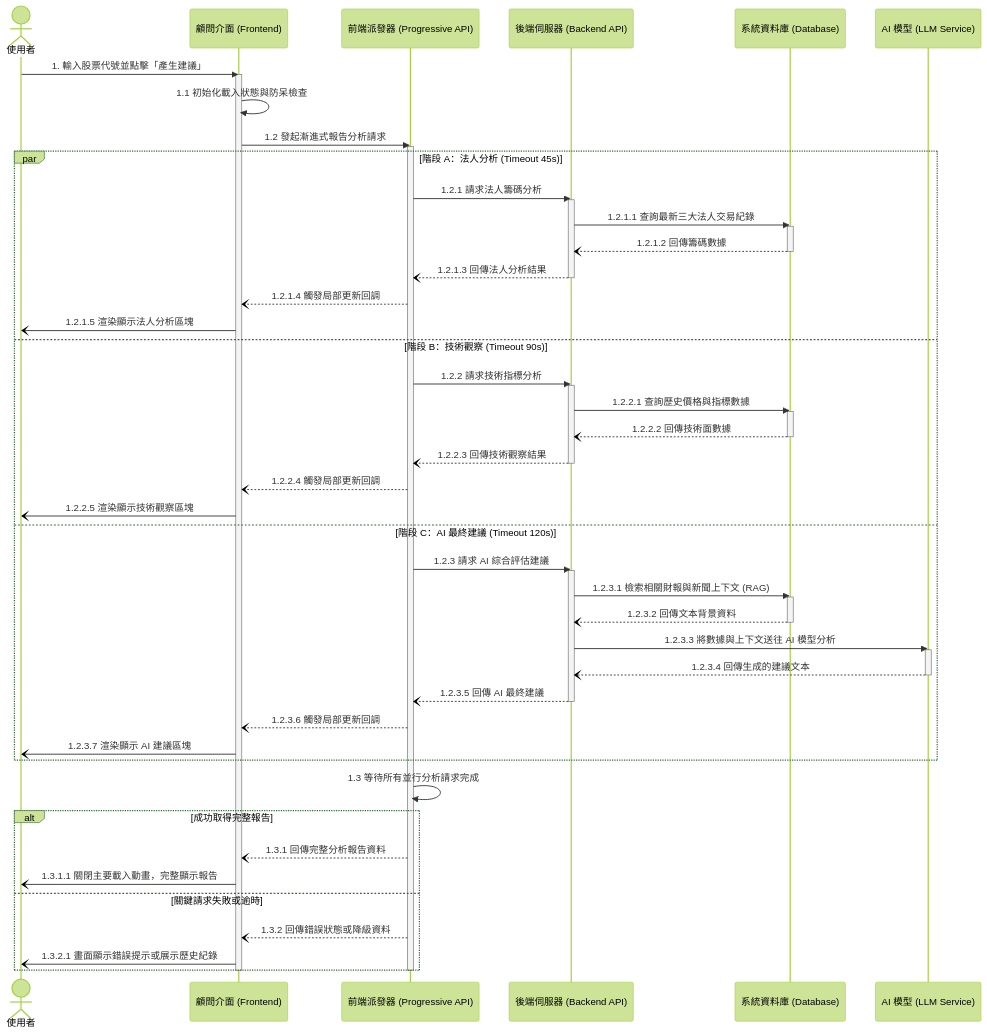
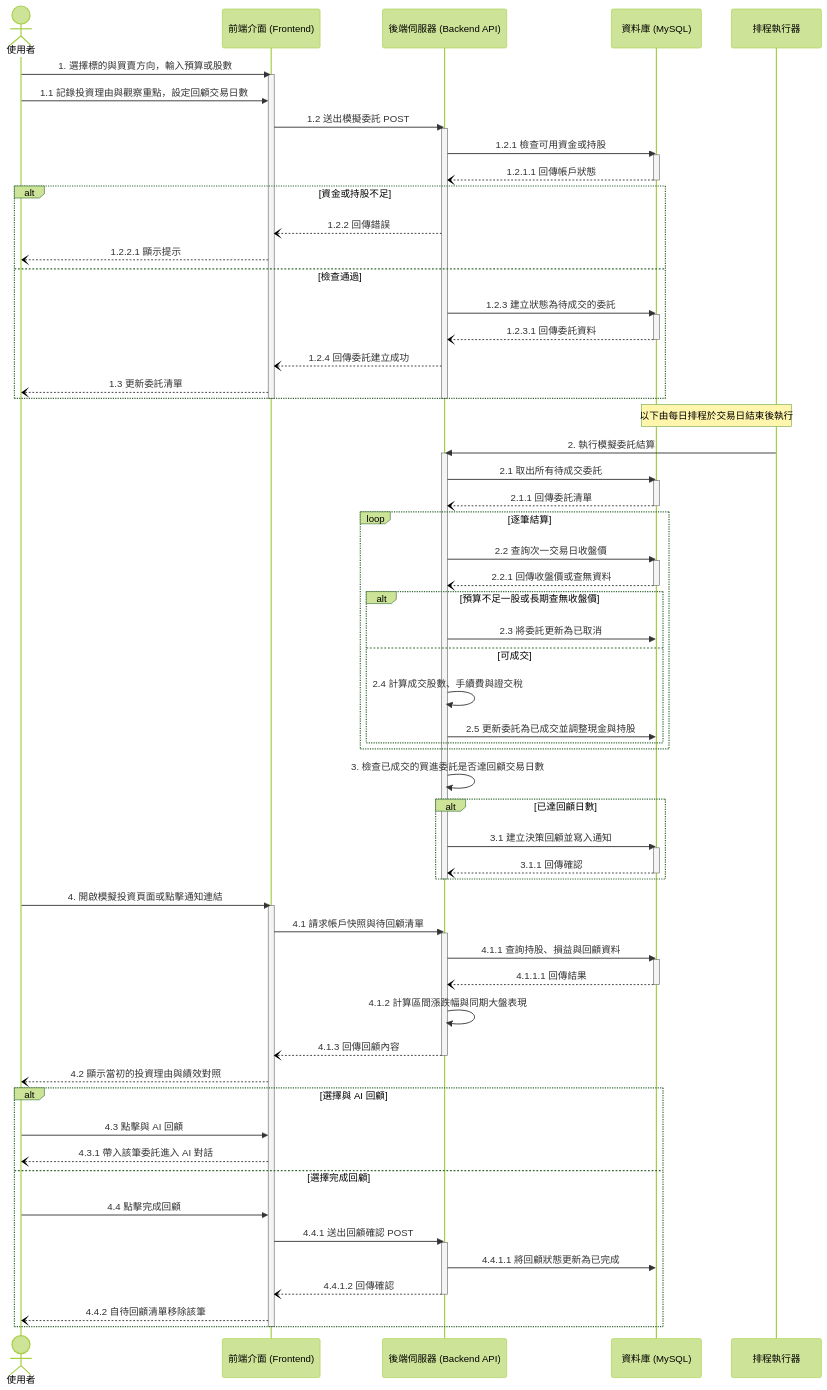
The fourth of 6 diagrams in docs/圖檔/Sequential Diagram/Sequential diagram.md (weeei001/115409), drawn with Mermaid (forest theme) before and after one commit. The commit also changed other lines of this file and 28 other files, not shown here.

````diff
--- a/docs/圖檔/Sequential Diagram/Sequential diagram.md
+++ b/docs/圖檔/Sequential Diagram/Sequential diagram.md
@@ -208,68 +201,89 @@
 ```mermaid
 sequenceDiagram
     actor User as 使用者
-    participant UI as 顧問介面 (Frontend)
-    participant FE_API as 前端派發器 (Progressive API)
-    participant API_BE as 後端伺服器 (Backend API)
-    participant DB as 系統資料庫 (Database)
-    participant AI as AI 模型 (LLM Service)
+    participant FE as 前端介面 (Frontend)
+    participant API as 後端伺服器 (Backend API)
+    participant DB as 資料庫 (MySQL)
+    participant Sched as 排程執行器
 
-    User->>UI: 1. 輸入股票代號並點擊「產生建議」
-    activate UI
-    UI->>UI: 1.1 初始化載入狀態與防呆檢查
-    UI->>FE_API: 1.2 發起漸進式報告分析請求
-    activate FE_API
+    User->>FE: 1. 選擇標的與買賣方向，輸入預算或股數
+    activate FE
+    User->>FE: 1.1 記錄投資理由與觀察重點，設定回顧交易日數
+    FE->>API: 1.2 送出模擬委託 POST
+    activate API
+    API->>DB: 1.2.1 檢查可用資金或持股
+    activate DB
+    DB--)API: 1.2.1.1 回傳帳戶狀態
+    deactivate DB
+    alt 資金或持股不足
+        API--)FE: 1.2.2 回傳錯誤
+        FE--)User: 1.2.2.1 顯示提示
+    else 檢查通過
+        API->>DB: 1.2.3 建立狀態為待成交的委託
+        activate DB
+        DB--)API: 1.2.3.1 回傳委託資料
+        deactivate DB
+        API--)FE: 1.2.4 回傳委託建立成功
+        FE--)User: 1.3 更新委託清單
+    end
+    deactivate API
+    deactivate FE
 
-    %% 平行處理區塊 (Concurrent Requests)
-    par 階段 A：法人分析 (Timeout 45s)
-        FE_API->>API_BE: 1.2.1 請求法人籌碼分析
-        activate API_BE
-        API_BE->>DB: 1.2.1.1 查詢最新三大法人交易紀錄
+    Note over Sched,DB: 以下由每日排程於交易日結束後執行
+
+    Sched->>API: 2. 執行模擬委託結算
+    activate API
+    API->>DB: 2.1 取出所有待成交委託
+    activate DB
+    DB--)API: 2.1.1 回傳委託清單
+    deactivate DB
+
+    loop 逐筆結算
+        API->>DB: 2.2 查詢次一交易日收盤價
         activate DB
-        DB--)API_BE: 1.2.1.2 回傳籌碼數據
+        DB--)API: 2.2.1 回傳收盤價或查無資料
         deactivate DB
-        API_BE--)FE_API: 1.2.1.3 回傳法人分析結果
-        deactivate API_BE
-        FE_API--)UI: 1.2.1.4 觸發局部更新回調
-        UI-)User: 1.2.1.5 渲染顯示法人分析區塊
-    and 階段 B：技術觀察 (Timeout 90s)
-        FE_API->>API_BE: 1.2.2 請求技術指標分析
-        activate API_BE
-        API_BE->>DB: 1.2.2.1 查詢歷史價格與指標數據
-        activate DB
-        DB--)API_BE: 1.2.2.2 回傳技術面數據
-        deactivate DB
-        API_BE--)FE_API: 1.2.2.3 回傳技術觀察結果
-        deactivate API_BE
-        FE_API--)UI: 1.2.2.4 觸發局部更新回調
-        UI-)User: 1.2.2.5 渲染顯示技術觀察區塊
-    and 階段 C：AI 最終建議 (Timeout 120s)
-        FE_API->>API_BE: 1.2.3 請求 AI 綜合評估建議
-        activate API_BE
-        API_BE->>DB: 1.2.3.1 檢索相關財報與新聞上下文 (RAG)
-        activate DB
-        DB--)API_BE: 1.2.3.2 回傳文本背景資料
-        deactivate DB
-        API_BE->>AI: 1.2.3.3 將數據與上下文送往 AI 模型分析
-        activate AI
-        AI--)API_BE: 1.2.3.4 回傳生成的建議文本
-        deactivate AI
-        API_BE--)FE_API: 1.2.3.5 回傳 AI 最終建議
-        deactivate API_BE
-        FE_API--)UI: 1.2.3.6 觸發局部更新回調
-        UI-)User: 1.2.3.7 渲染顯示 AI 建議區塊
+        alt 預算不足一股或長期查無收盤價
+            API->>DB: 2.3 將委託更新為已取消
+        else 可成交
+            API->>API: 2.4 計算成交股數、手續費與證交稅
+            API->>DB: 2.5 更新委託為已成交並調整現金與持股
+        end
     end
 
-    FE_API->>FE_API: 1.3 等待所有並行分析請求完成
+    API->>API: 3. 檢查已成交的買進委託是否達回顧交易日數
+    alt 已達回顧日數
+        API->>DB: 3.1 建立決策回顧並寫入通知
+        activate DB
+        DB--)API: 3.1.1 回傳確認
+        deactivate DB
+    end
+    deactivate API
 
-    alt 成功取得完整報告
-        FE_API--)UI: 1.3.1 回傳完整分析報告資料
-        UI-)User: 1.3.1.1 關閉主要載入動畫，完整顯示報告
-    else 關鍵請求失敗或逾時
-        FE_API--)UI: 1.3.2 回傳錯誤狀態或降級資料
-        UI-)User: 1.3.2.1 畫面顯示錯誤提示或展示歷史紀錄
+    User->>FE: 4. 開啟模擬投資頁面或點擊通知連結
+    activate FE
+    FE->>API: 4.1 請求帳戶快照與待回顧清單
+    activate API
+    API->>DB: 4.1.1 查詢持股、損益與回顧資料
+    activate DB
+    DB--)API: 4.1.1.1 回傳結果
+    deactivate DB
+    API->>API: 4.1.2 計算區間漲跌幅與同期大盤表現
+    API--)FE: 4.1.3 回傳回顧內容
+    deactivate API
+    FE--)User: 4.2 顯示當初的投資理由與績效對照
+
+    alt 選擇與 AI 回顧
+        User->>FE: 4.3 點擊與 AI 回顧
+        FE--)User: 4.3.1 帶入該筆委託進入 AI 對話
+    else 選擇完成回顧
+        User->>FE: 4.4 點擊完成回顧
+        FE->>API: 4.4.1 送出回顧確認 POST
+        activate API
+        API->>DB: 4.4.1.1 將回顧狀態更新為已完成
+        API--)FE: 4.4.1.2 回傳確認
+        deactivate API
+        FE--)User: 4.4.2 自待回顧清單移除該筆
     end
-
-    deactivate FE_API
-    deactivate UI
+    deactivate FE
 ```
````
